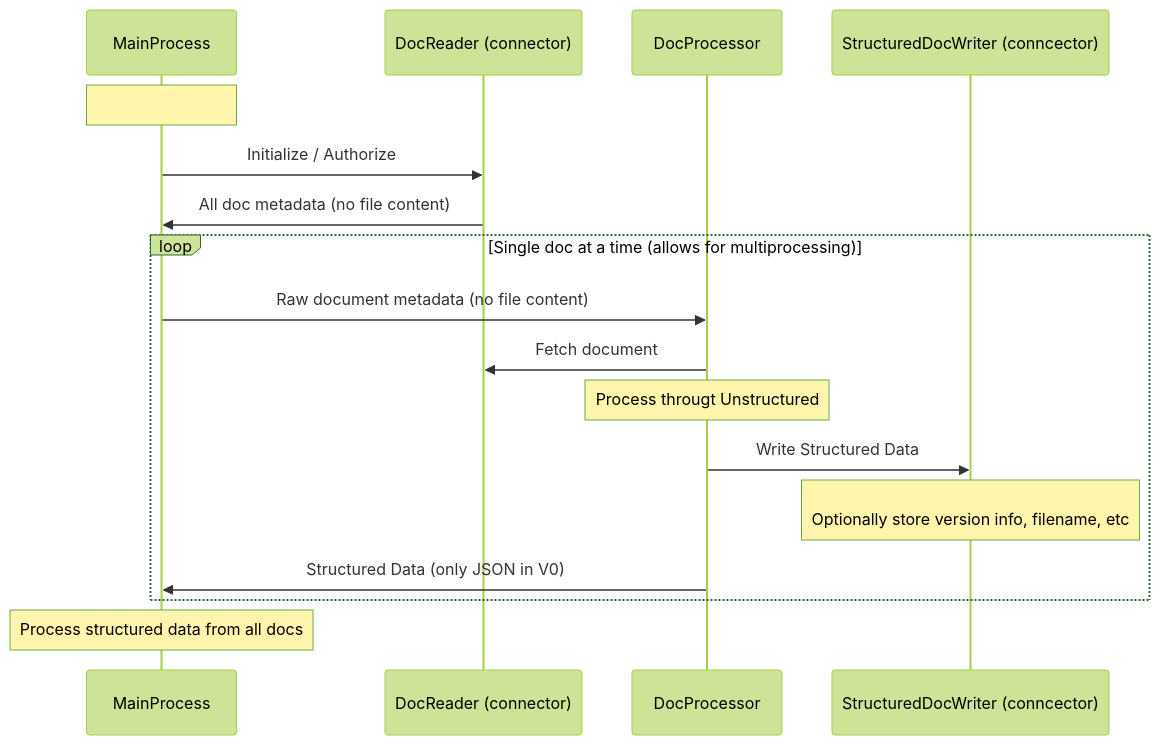
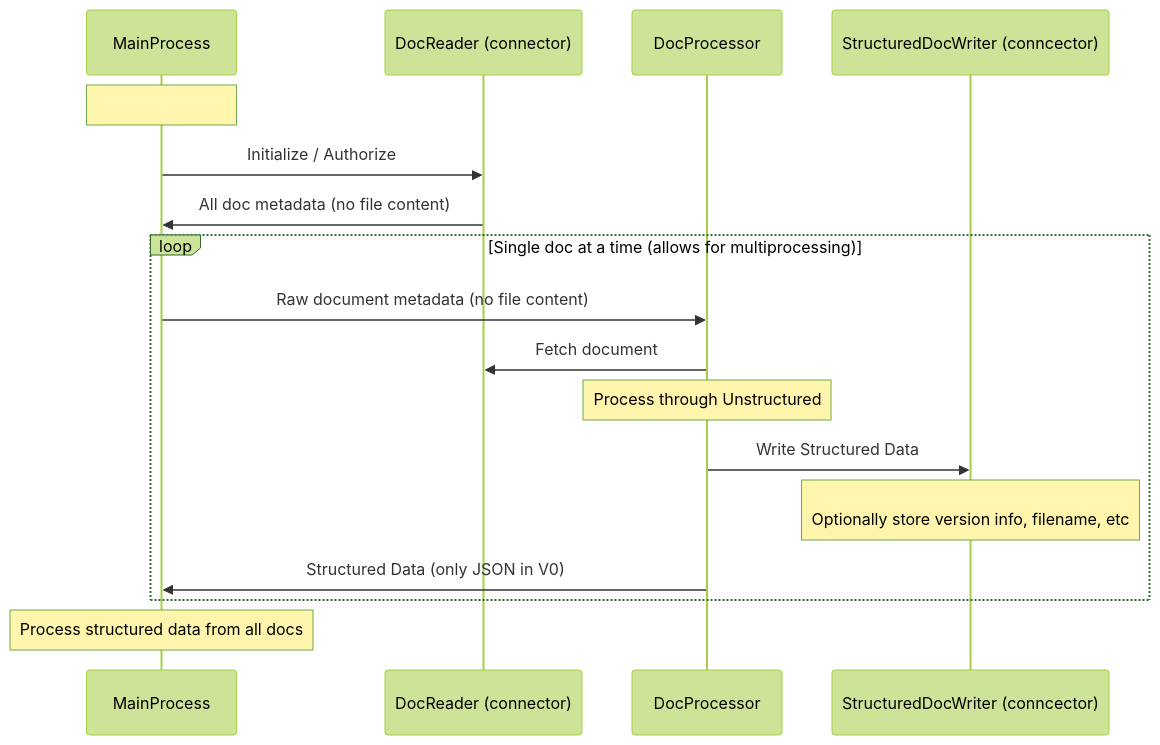
Before and after one commit to cragwolfe/unstructured-ingest: the diagram in README.md, drawn with Mermaid (forest theme).

````diff
--- a/README.md
+++ b/README.md
@@ -12,19 +12,19 @@
 ```mermaid
 sequenceDiagram
     participant MainProcess
     participant DocReader (connector)
     participant DocProcessor
     participant StructuredDocWriter (conncector)
     Note over MainProcess: 
     MainProcess->>DocReader (connector): Initialize / Authorize
     DocReader (connector)->>MainProcess: All doc metadata (no file content)
     loop Single doc at a time (allows for multiprocessing)
     MainProcess->>DocProcessor: Raw document metadata (no file content)
     DocProcessor->>DocReader (connector): Fetch document
-    Note over DocProcessor: Process througt Unstructured
+    Note over DocProcessor: Process through Unstructured
     DocProcessor->>StructuredDocWriter (conncector): Write Structured Data
     Note over StructuredDocWriter (conncector): <br /> Optionally store version info, filename, etc
     DocProcessor->>MainProcess: Structured Data (only JSON in V0)
     end
     Note over MainProcess: Process structured data from all docs
 ```
````
